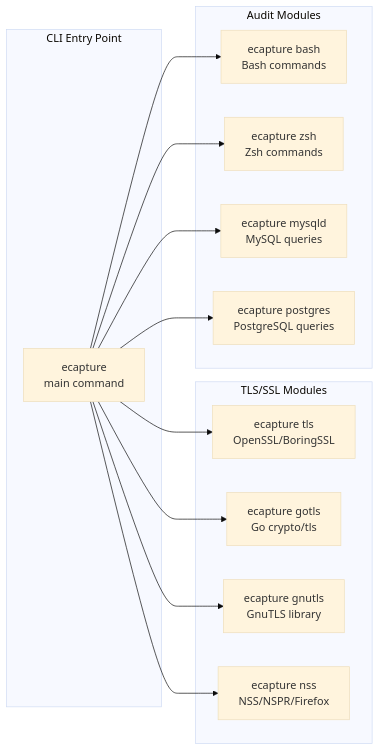
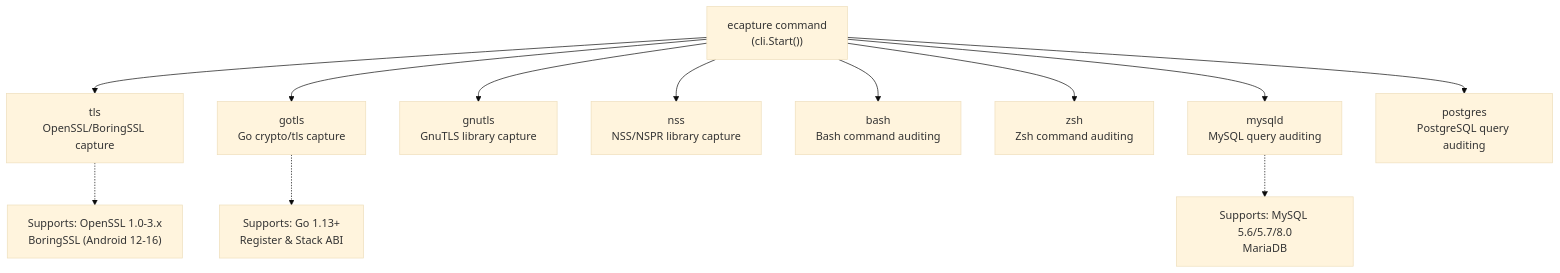
Before and after one commit to gojue/ecapture.cc: the fifth of 5 diagrams in src/en/1-overview/1.1-installation-and-quick-start.md, drawn with Mermaid (base theme). The commit also changed other lines of this file and 70 other files, not shown here.

Commit message:
feat: update sidebar and navigation links for architecture and shell command auditing sections

````diff
--- a/src/en/1-overview/1.1-installation-and-quick-start.md
+++ b/src/en/1-overview/1.1-installation-and-quick-start.md
@@ -492,29 +299,17 @@
 ```mermaid
-graph LR
-    subgraph "CLI Entry Point"
-        ECAPTURE["ecapture<br/>main command"]
-    end
+flowchart TD
+    Root["ecapture command<br/>(cli.Start())"]
     
-    subgraph "TLS/SSL Modules"
-        TLS["ecapture tls<br/>OpenSSL/BoringSSL"]
-        GOTLS["ecapture gotls<br/>Go crypto/tls"]
-        GNUTLS["ecapture gnutls<br/>GnuTLS library"]
-        NSS["ecapture nss<br/>NSS/NSPR/Firefox"]
-    end
+    Root --> TLS["tls<br/>OpenSSL/BoringSSL capture"]
+    Root --> GoTLS["gotls<br/>Go crypto/tls capture"]
+    Root --> GnuTLS["gnutls<br/>GnuTLS library capture"]
+    Root --> NSS["nss<br/>NSS/NSPR library capture"]
+    Root --> Bash["bash<br/>Bash command auditing"]
+    Root --> Zsh["zsh<br/>Zsh command auditing"]
+    Root --> MySQL["mysqld<br/>MySQL query auditing"]
+    Root --> Postgres["postgres<br/>PostgreSQL query auditing"]
     
-    subgraph "Audit Modules"
-        BASH["ecapture bash<br/>Bash commands"]
-        ZSH["ecapture zsh<br/>Zsh commands"]
-        MYSQLD["ecapture mysqld<br/>MySQL queries"]
-        POSTGRES["ecapture postgres<br/>PostgreSQL queries"]
-    end
-    
-    ECAPTURE --> TLS
-    ECAPTURE --> GOTLS
-    ECAPTURE --> GNUTLS
-    ECAPTURE --> NSS
-    ECAPTURE --> BASH
-    ECAPTURE --> ZSH
-    ECAPTURE --> MYSQLD
-    ECAPTURE --> POSTGRES
+    TLS -.-> TLSNote["Supports: OpenSSL 1.0-3.x<br/>BoringSSL (Android 12-16)"]
+    GoTLS -.-> GoNote["Supports: Go 1.13+<br/>Register & Stack ABI"]
+    MySQL -.-> SQLNote["Supports: MySQL 5.6/5.7/8.0<br/>MariaDB"]
 ```
````
